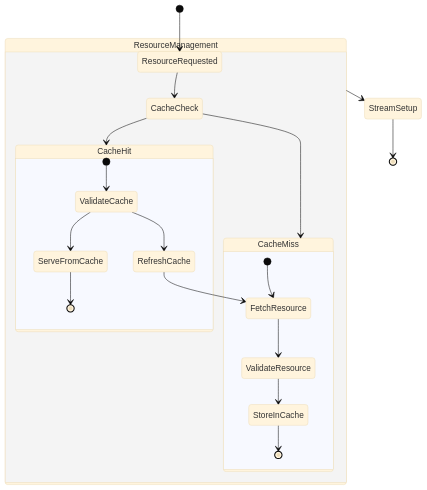
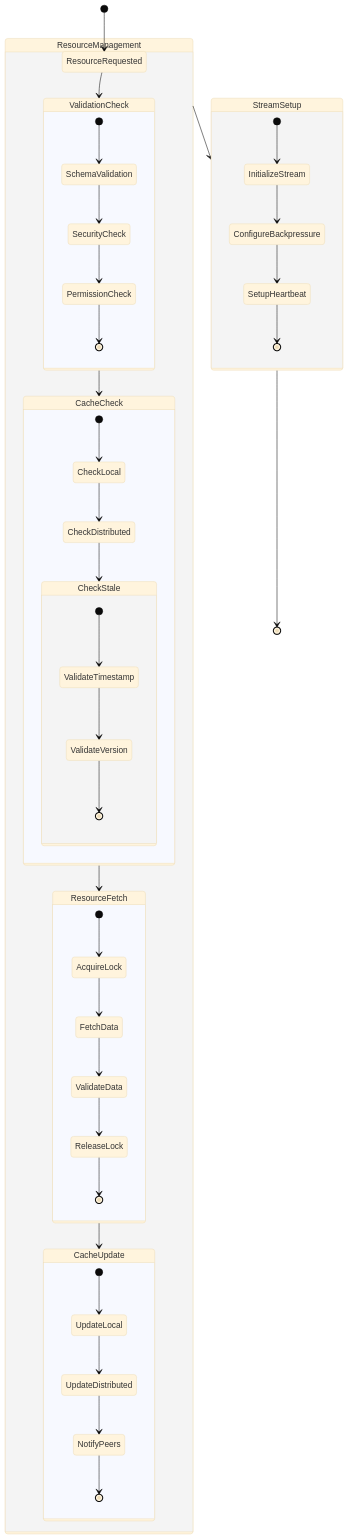
The second of 4 diagrams in .cursor/rules/diagrams/mcp-integration-patterns.mdc (sparesparrow/cursor-rules), drawn with Mermaid (base theme) before and after one commit. The commit also changed other lines of this file and 5 other files, not shown here.

````diff
--- a/.cursor/rules/diagrams/mcp-integration-patterns.mdc
+++ b/.cursor/rules/diagrams/mcp-integration-patterns.mdc
@@ -48,28 +77,59 @@
 ```mermaid
 stateDiagram-v2
     [*] --> ResourceRequested
     
     state ResourceManagement {
-        ResourceRequested --> CacheCheck
-        CacheCheck --> CacheHit
-        CacheCheck --> CacheMiss
+        ResourceRequested --> ValidationCheck
         
-        state CacheHit {
-            [*] --> ValidateCache
-            ValidateCache --> ServeFromCache
-            ValidateCache --> RefreshCache
-            ServeFromCache --> [*]
-            RefreshCache --> FetchResource
+        state ValidationCheck {
+            [*] --> SchemaValidation
+            SchemaValidation --> SecurityCheck
+            SecurityCheck --> PermissionCheck
+            PermissionCheck --> [*]
         }
         
-        state CacheMiss {
-            [*] --> FetchResource
-            FetchResource --> ValidateResource
-            ValidateResource --> StoreInCache
-            StoreInCache --> [*]
+        ValidationCheck --> CacheCheck
+        
+        state CacheCheck {
+            [*] --> CheckLocal
+            CheckLocal --> CheckDistributed
+            CheckDistributed --> CheckStale
+            
+            state CheckStale {
+                [*] --> ValidateTimestamp
+                ValidateTimestamp --> ValidateVersion
+                ValidateVersion --> [*]
+            }
+        }
+        
+        CacheCheck --> ResourceFetch
+        
+        state ResourceFetch {
+            [*] --> AcquireLock
+            AcquireLock --> FetchData
+            FetchData --> ValidateData
+            ValidateData --> ReleaseLock
+            ReleaseLock --> [*]
+        }
+        
+        ResourceFetch --> CacheUpdate
+        
+        state CacheUpdate {
+            [*] --> UpdateLocal
+            UpdateLocal --> UpdateDistributed
+            UpdateDistributed --> NotifyPeers
+            NotifyPeers --> [*]
         }
     }
     
     ResourceManagement --> StreamSetup
+    
+    state StreamSetup {
+        [*] --> InitializeStream
+        InitializeStream --> ConfigureBackpressure
+        ConfigureBackpressure --> SetupHeartbeat
+        SetupHeartbeat --> [*]
+    }
+    
     StreamSetup --> [*]
 ```
````
